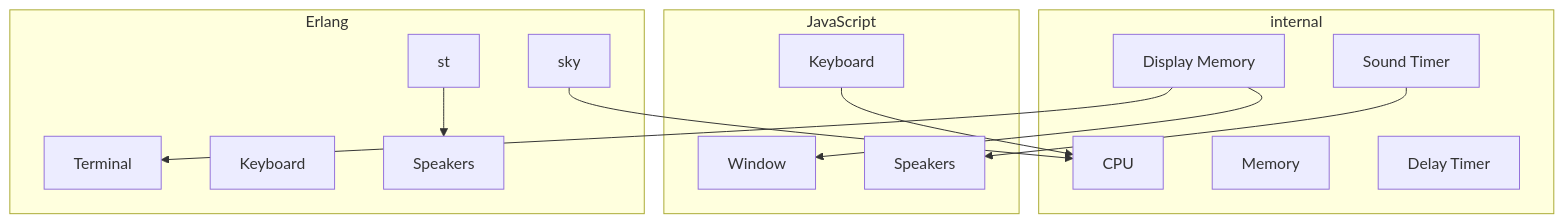
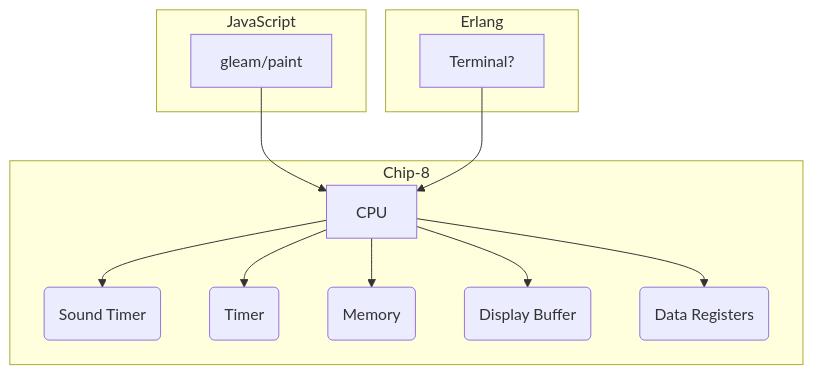
Before and after one commit to ldekoker/glip-8: the diagram in README.md, drawn with Mermaid. The commit also changed other lines of this file, not shown here.

Commit message:
Update architecture documentation I did some research to find how gleamlings (gleam's name for gleam users) typically draw to the HTML canvas, and this led me to reflect on how the emulator itself can be kept pure but hooked into the outside world. I updated the README to reflect my current best ideas about how to do this.

````diff
--- a/README.md
+++ b/README.md
@@ -17,30 +24,26 @@
 ```mermaid
-graph TB
-    subgraph internal
+graph TD
+    subgraph JavaScript
+        canvas[gleam/paint]
+    end
+    subgraph Erlang
+        terminal[Terminal?]
+    end
+    subgraph Chip-8
         cpu[CPU]
-        mem[Memory]
-        dym[Display Memory]
-        dtm[Delay Timer]
-        stm[Sound Timer]
-    end
-    subgraph JavaScript
-        win[Window]
-        bky[Keyboard]
-        bsr[Speakers]
+        stim(Sound Timer)
+        tim(Timer)
+        mem(Memory)
+        sbuf(Display Buffer)
+        dreg(Data Registers)
 
-        dym --> win
-        bky --> cpu
-        stm --> bsr
+        cpu --> stim
+        cpu --> tim
+        cpu --> mem
+        cpu --> dreg
+        cpu --> sbuf
     end
 
-
-    subgraph Erlang
-        trm[Terminal]
-        tky[Keyboard]
-        tsr[Speakers]
-
-        dym --> trm
-        sky --> cpu
-        st --> tsr
-    end
+    canvas --> cpu
+    terminal --> cpu
 ```
````
